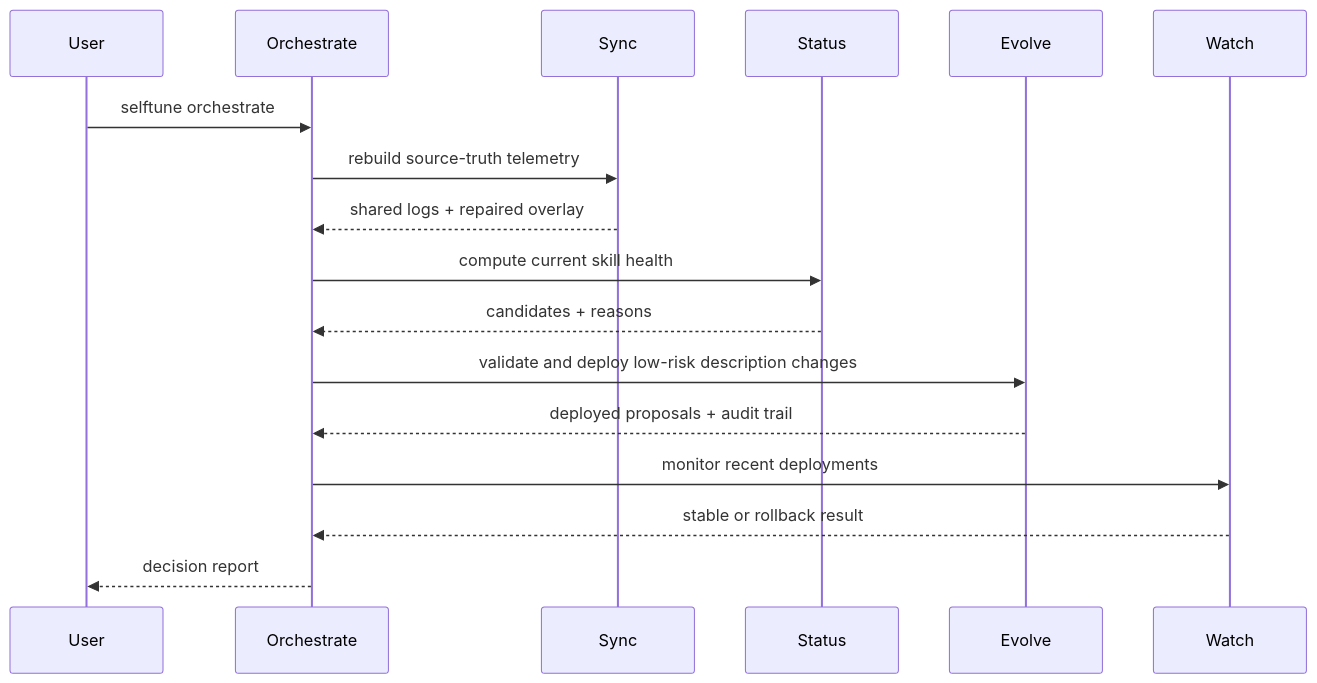
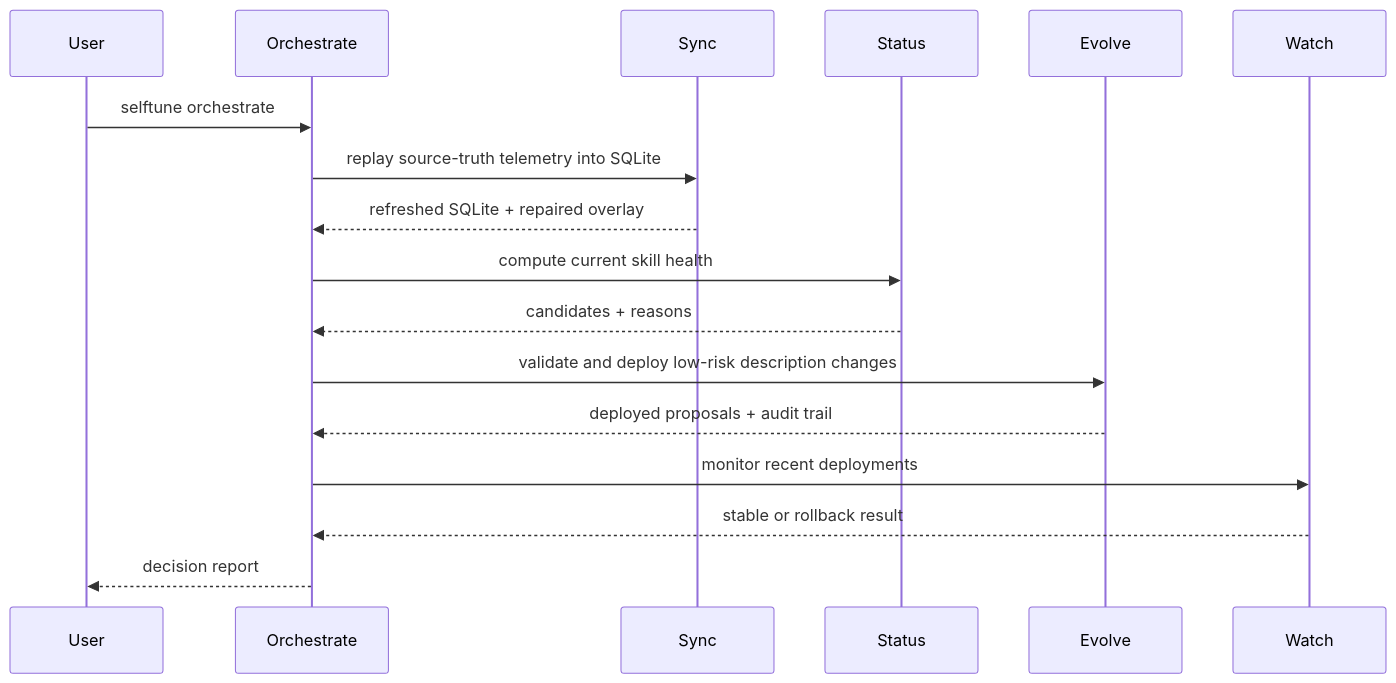
The third of 4 diagrams in docs/design-docs/system-overview.md (WellDunDun/selftune), drawn with Mermaid before and after one commit. The commit also changed other lines of this file and 29 other files, not shown here.

````diff
--- a/docs/design-docs/system-overview.md
+++ b/docs/design-docs/system-overview.md
@@ -70,20 +69,20 @@
 ```mermaid
 sequenceDiagram
   participant User
   participant Orchestrate
   participant Sync
   participant Status
   participant Evolve
   participant Watch
 
   User->>Orchestrate: selftune orchestrate
-  Orchestrate->>Sync: rebuild source-truth telemetry
-  Sync-->>Orchestrate: shared logs + repaired overlay
+  Orchestrate->>Sync: replay source-truth telemetry into SQLite
+  Sync-->>Orchestrate: refreshed SQLite + repaired overlay
   Orchestrate->>Status: compute current skill health
   Status-->>Orchestrate: candidates + reasons
   Orchestrate->>Evolve: validate and deploy low-risk description changes
   Evolve-->>Orchestrate: deployed proposals + audit trail
   Orchestrate->>Watch: monitor recent deployments
   Watch-->>Orchestrate: stable or rollback result
   Orchestrate-->>User: decision report
 ```
````
